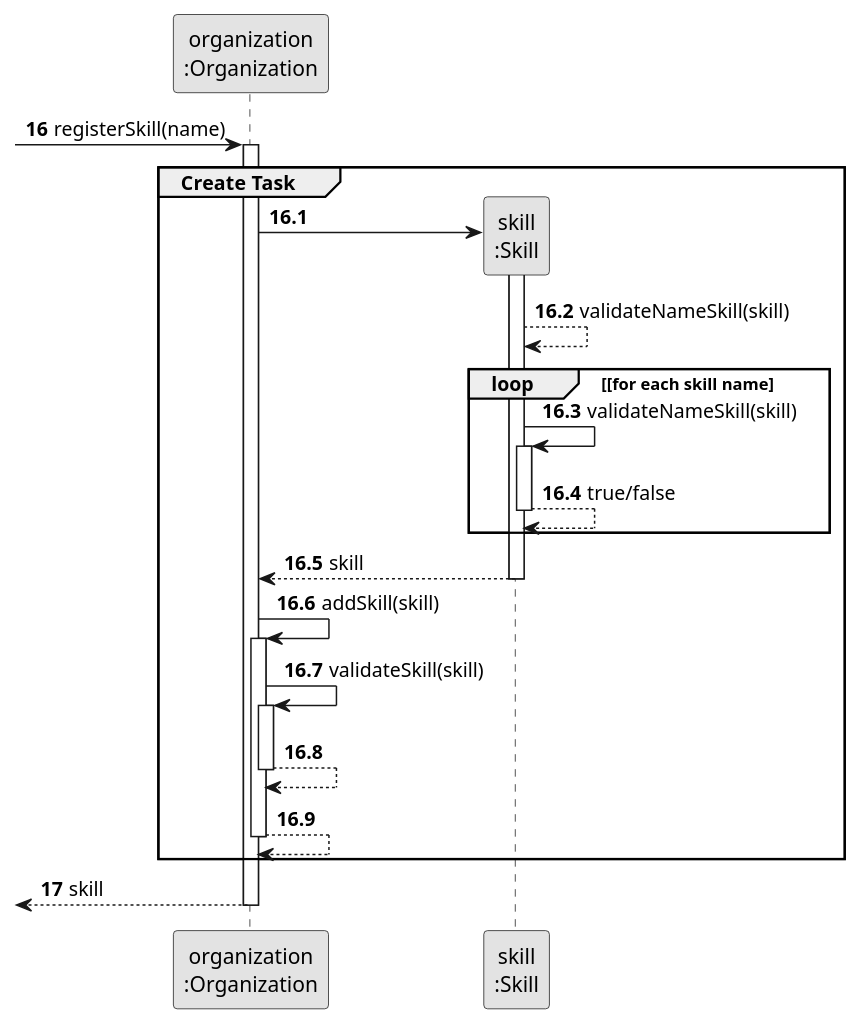
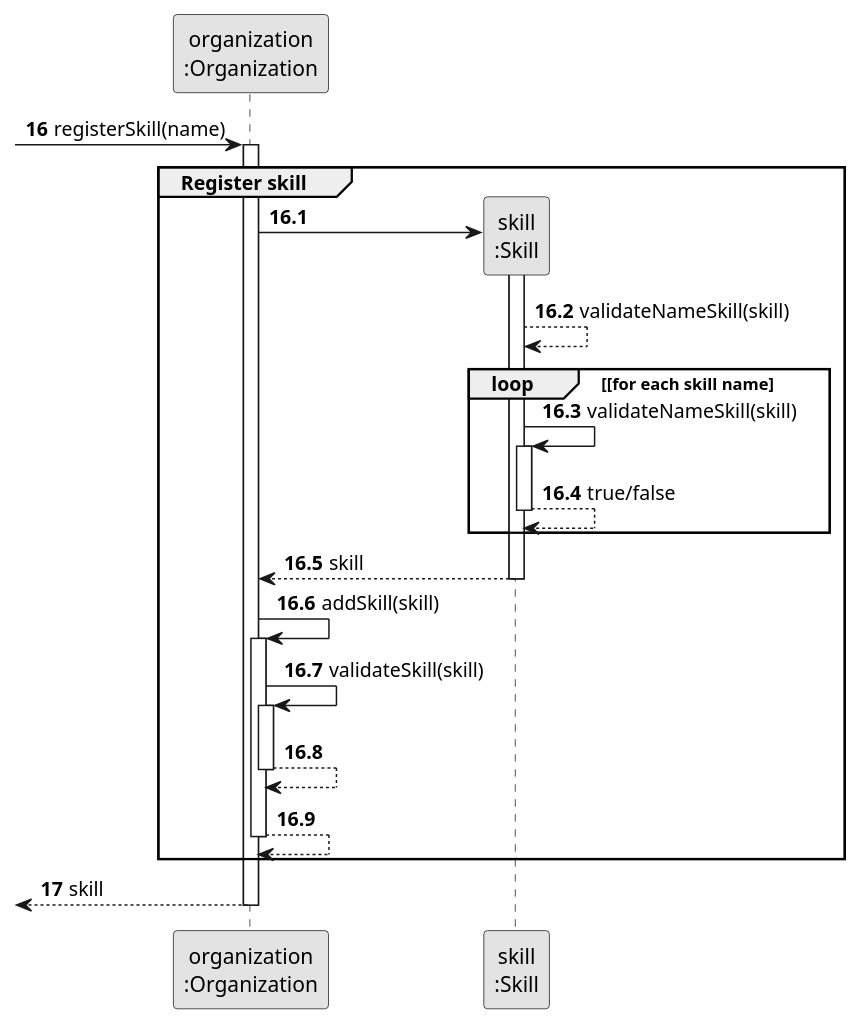
One commit to SAEmanuel/Green_Spaces_Management_ISEP changed the diagram in docs/sprintB/us001/03.design/puml/us001-sequence-diagram-partial-register-skill.puml. Above: the diagram before and after it, drawn with PlantUML. The commit also changed 1 other file, not shown here.

Commit message:
US001 - design (partial-get-skill-list) v2.0.0

```diff
--- a/docs/sprintB/us001/03.design/puml/us001-sequence-diagram-partial-register-skill.puml
+++ b/docs/sprintB/us001/03.design/puml/us001-sequence-diagram-partial-register-skill.puml
@@ -1,48 +1,48 @@
 @startuml
 skinparam monochrome true
 skinparam packageStyle rectangle
 skinparam shadowing false
 
 participant "organization\n:Organization" as ORG
 participant "skill\n:Skill" as EMPREGO
 
 autonumber 16
 -> ORG: registerSkill(name)
 
 autonumber 16.1
 activate ORG
-    group Create Task
+    group Register skill
 
         ORG -> EMPREGO**:
             activate EMPREGO
                 EMPREGO --> EMPREGO : validateNameSkill(skill)
 
                 loop [for each skill name
                     EMPREGO -> EMPREGO : validateNameSkill(skill)
                     activate EMPREGO
 
                     EMPREGO --> EMPREGO : true/false
                     deactivate EMPREGO
                 end
 
                 EMPREGO --> ORG : skill
             deactivate EMPREGO
 
 
         ORG -> ORG: addSkill(skill)
         activate ORG
             ORG -> ORG: validateSkill(skill)
             activate ORG
                 ORG --> ORG
             deactivate ORG
 
             ORG --> ORG
         deactivate ORG
     end
 
     autonumber 17
     <-- ORG : skill
 deactivate ORG
 
 
 @enduml
```
